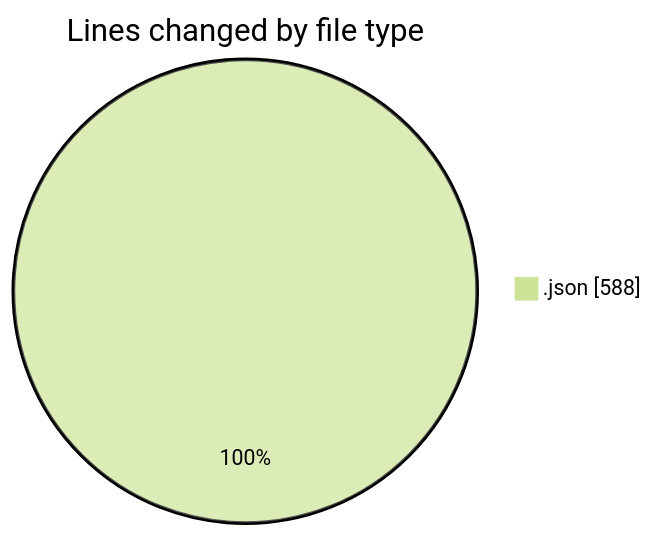
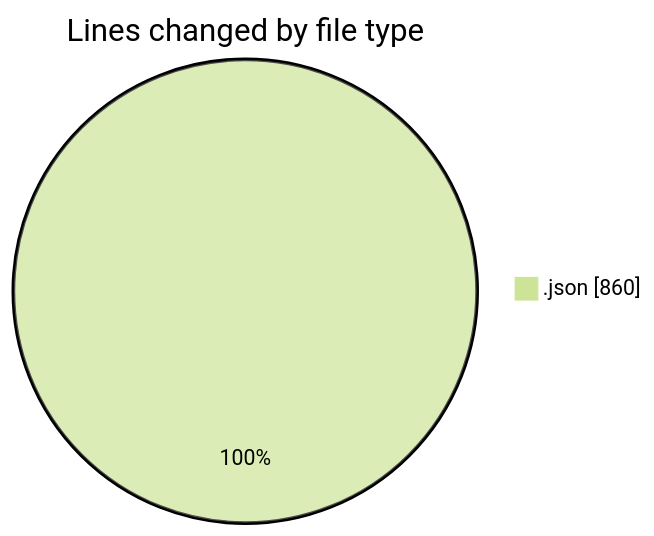
Before and after one commit to EIIisD/code-tracking: the first of 2 diagrams in 2025-08-23/ribbon/README.md, drawn with Mermaid (forest theme). The commit also changed other lines of this file and 1 other file, not shown here.

````diff
--- a/2025-08-23/ribbon/README.md
+++ b/2025-08-23/ribbon/README.md
@@ -20,5 +21,5 @@
 ```mermaid
 pie showData
 title Lines changed by file type
-".json" : 588
+".json" : 860
 ```
````
